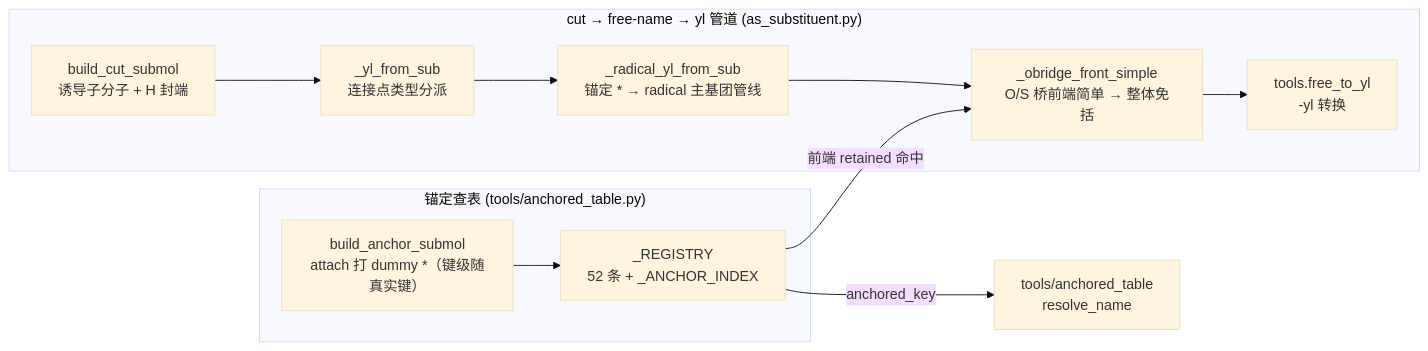
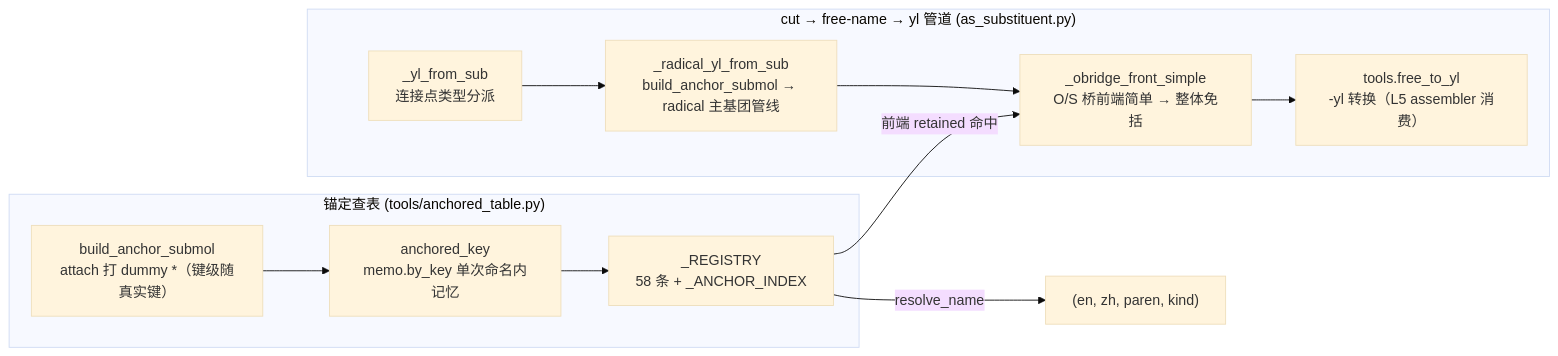
Before and after one commit to zouxiaofei1/OpenSMILES: the second of 2 diagrams in docs/wiki/architecture/layer3-substituents.md, drawn with Mermaid (base theme). The commit also changed other lines of this file and 17 other files, not shown here.

````diff
--- a/docs/wiki/architecture/layer3-substituents.md
+++ b/docs/wiki/architecture/layer3-substituents.md
@@ -169,23 +176,23 @@
 ```mermaid
 flowchart LR
     subgraph CUT["cut → free-name → yl 管道 (as_substituent.py)"]
-        BC["build_cut_submol<br/>诱导子分子 + H 封端"]
         YL["_yl_from_sub<br/>连接点类型分派"]
-        RAD["_radical_yl_from_sub<br/>锚定 * → radical 主基团管线"]
+        RAD["_radical_yl_from_sub<br/>build_anchor_submol → radical 主基团管线"]
         OB["_obridge_front_simple<br/>O/S 桥前端简单 → 整体免括"]
-        FY["tools.free_to_yl<br/>-yl 转换"]
+        FY["tools.free_to_yl<br/>-yl 转换（L5 assembler 消费）"]
     end
 
     subgraph ANCHOR["锚定查表 (tools/anchored_table.py)"]
         BA["build_anchor_submol<br/>attach 打 dummy *（键级随真实键）"]
-        AT["_REGISTRY<br/>52 条 + _ANCHOR_INDEX"]
+        AK["anchored_key<br/>memo.by_key 单次命名内记忆"]
+        AT["_REGISTRY<br/>58 条 + _ANCHOR_INDEX"]
     end
 
-    BC --> YL
     YL --> RAD
     RAD --> OB
     OB --> FY
-    BA --> AT
-    AT -->|"anchored_key"| REG["tools/anchored_table<br/>resolve_name"]
+    BA --> AK
+    AK --> AT
+    AT -->|"resolve_name"| REG["(en, zh, paren, kind)"]
     AT -->|"前端 retained 命中"| OB
 ```
````
